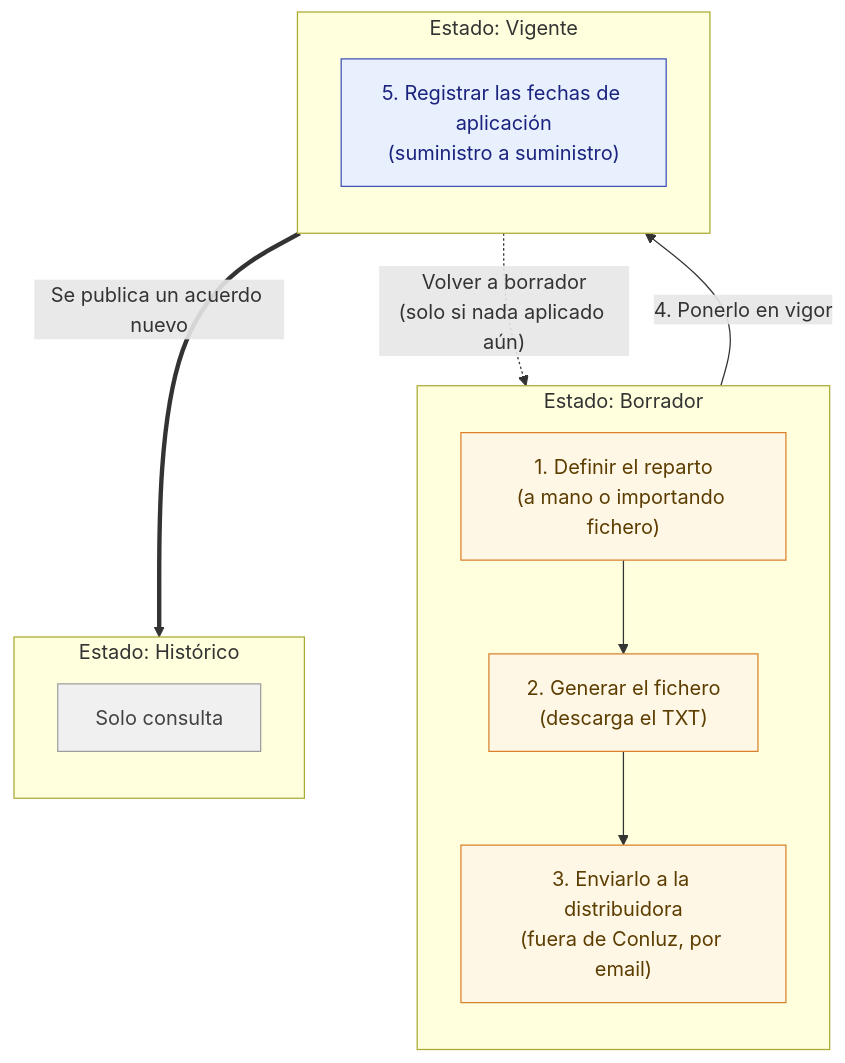
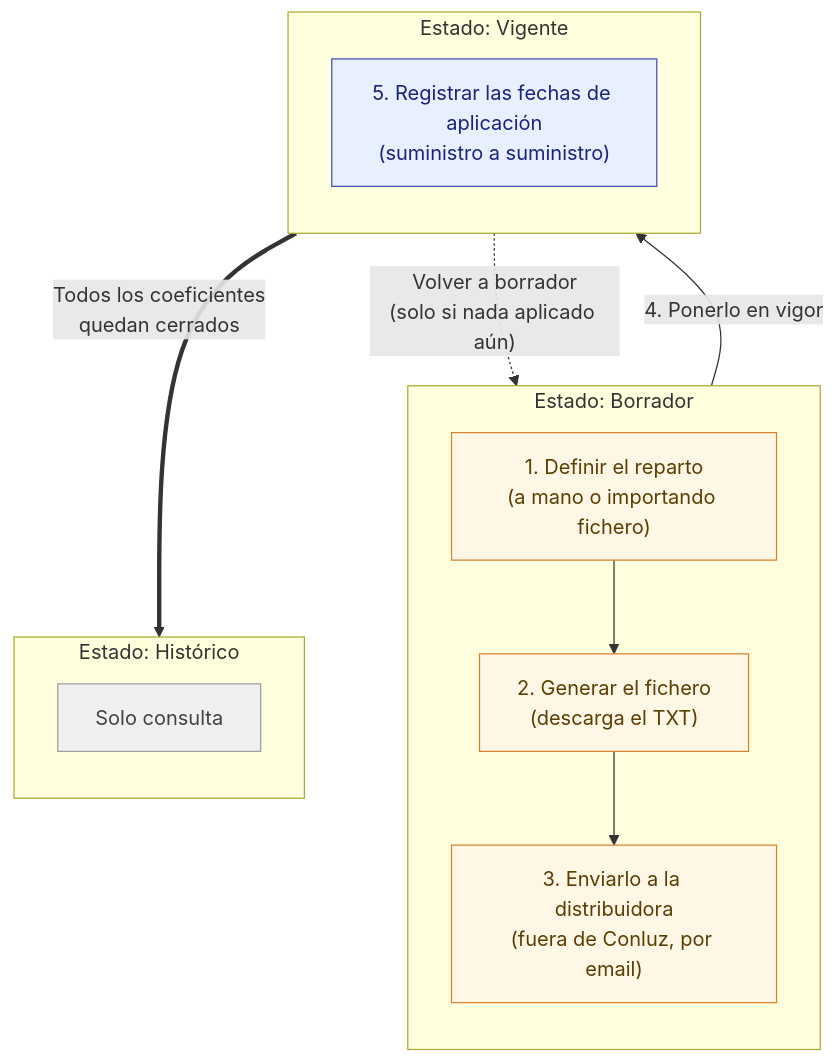
One commit to lucoenergia/conluz-web changed the diagram in docs/manuals/acuerdos-de-reparto.es.md. Above: the diagram before and after it, drawn with Mermaid. The commit also changed other lines of this file, not shown here.

````diff
--- a/docs/manuals/acuerdos-de-reparto.es.md
+++ b/docs/manuals/acuerdos-de-reparto.es.md
@@ -29,31 +29,31 @@
 ```mermaid
 flowchart TD
     subgraph BORRADOR["Estado: Borrador"]
         direction TB
         P1["1. Definir el reparto<br/>(a mano o importando fichero)"]
         P2["2. Generar el fichero<br/>(descarga el TXT)"]
         P3["3. Enviarlo a la distribuidora<br/>(fuera de Conluz, por email)"]
         P1 --> P2 --> P3
     end
 
     subgraph VIGENTE["Estado: Vigente"]
         direction TB
         P5["5. Registrar las fechas de aplicación<br/>(suministro a suministro)"]
     end
 
     subgraph HISTORICO["Estado: Histórico"]
         direction TB
         H["Solo consulta"]
     end
 
     P3 -->|"4. Ponerlo en vigor"| VIGENTE
     VIGENTE -.->|"Volver a borrador<br/>(solo si nada aplicado aún)"| BORRADOR
-    VIGENTE ==>|"Se publica un acuerdo nuevo"| HISTORICO
+    VIGENTE ==>|"Todos los coeficientes<br/>quedan cerrados"| HISTORICO
 
     classDef borrador fill:#fff7e6,stroke:#d9822b,color:#5c3d00;
     classDef vigente fill:#e8f0fe,stroke:#3f51b5,color:#1a237e;
     classDef historico fill:#f0f0f0,stroke:#9e9e9e,color:#424242;
     class P1,P2,P3 borrador
     class P5 vigente
     class H historico
 ```
````
